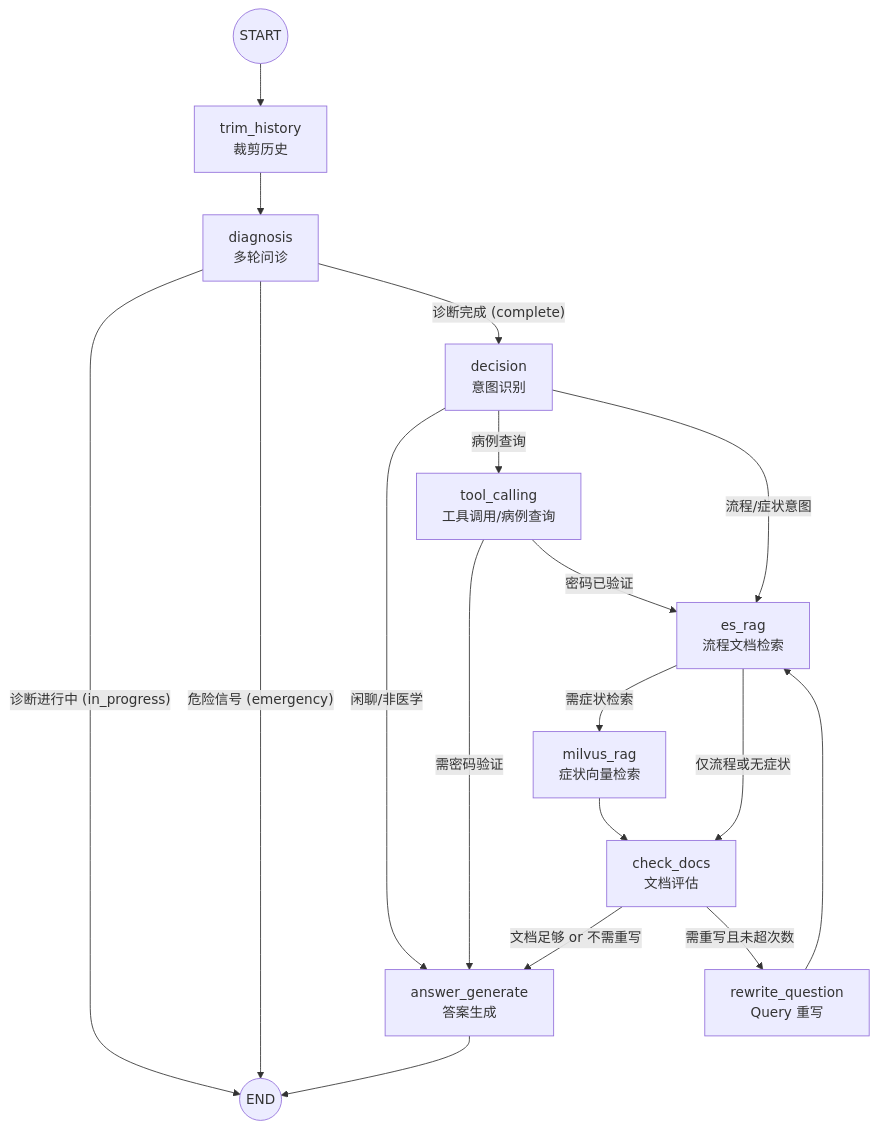
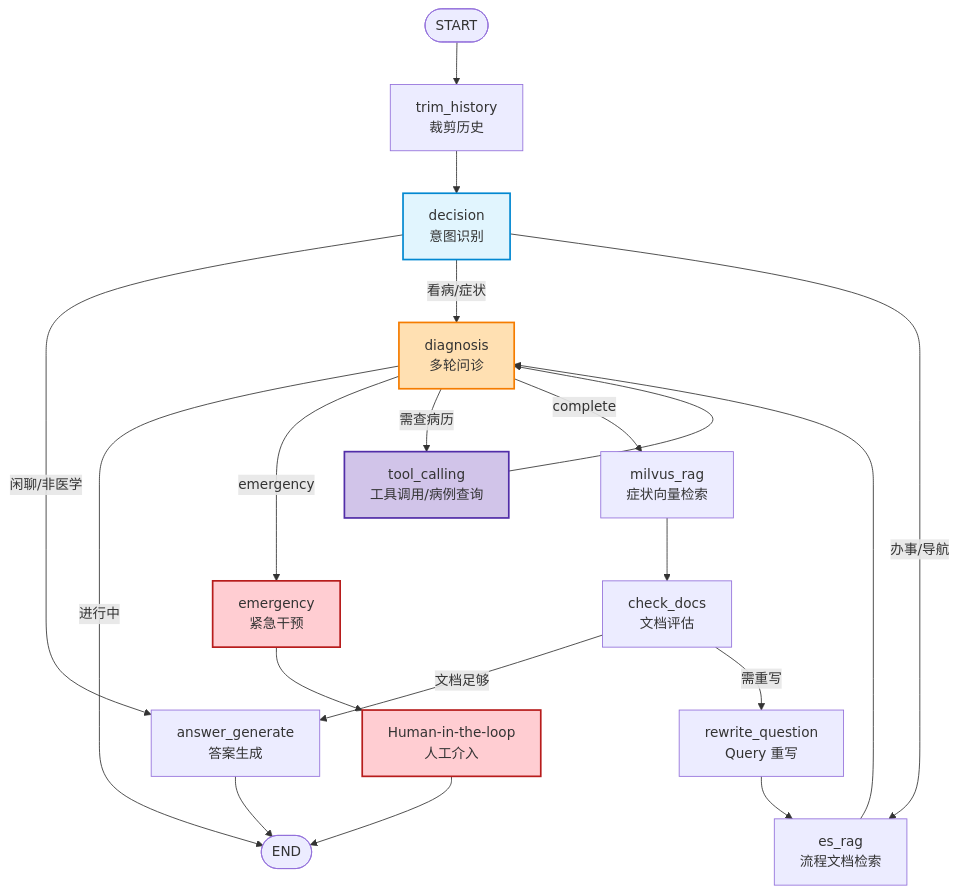
The diagram in README.md (lobokiol/InitialArchitectureForMedicalAgent), drawn with Mermaid before and after one commit. The commit also changed other lines of this file, not shown here.

Commit message:
docs: 添加 LangGraph 节点流 Mermaid 流程图

````diff
--- a/README.md
+++ b/README.md
@@ -178,41 +122,44 @@
 ```mermaid
 flowchart TD
-    START((START))
+START([START])
+TRIM[trim_history<br/>裁剪历史]
+DECISION[decision<br/>意图识别]
+DIAGNOSIS[diagnosis<br/>多轮问诊]
+TOOL[tool_calling<br/>工具调用/病例查询]
+ES_RAG[es_rag<br/>流程文档检索]
+MILVUS_RAG[milvus_rag<br/>症状向量检索]
+CHECK[check_docs<br/>文档评估]
+REWRITE[rewrite_question<br/>Query 重写]
+ANSWER[answer_generate<br/>答案生成]
+EMERGENCY[emergency<br/>紧急干预]
+HIL[Human-in-the-loop<br/>人工介入]
+END([END])
 
-    TRIM[trim_history<br/>裁剪历史]
-    DIAGNOSIS[diagnosis<br/>多轮问诊]
-    DECISION[decision<br/>意图识别]
-    TOOL[tool_calling<br/>工具调用/病例查询]
-    ES_RAG[es_rag<br/>流程文档检索]
-    MILVUS_RAG[milvus_rag<br/>症状向量检索]
-    CHECK[check_docs<br/>文档评估]
-    REWRITE[rewrite_question<br/>Query 重写]
-    ANSWER[answer_generate<br/>答案生成]
-    END((END))
+START --> TRIM
+TRIM --> DECISION
 
-    START --> TRIM
-    TRIM --> DIAGNOSIS
+DECISION -- 闲聊/非医学 --> ANSWER
+DECISION -- 看病/症状 --> DIAGNOSIS
+DECISION -- 办事/导航 --> ES_RAG
 
-    DIAGNOSIS -- 诊断进行中 (in_progress) --> END
-    DIAGNOSIS -- 危险信号 (emergency) --> END
-    DIAGNOSIS -- 诊断完成 (complete) --> DECISION
+DIAGNOSIS -- 进行中 --> END
+DIAGNOSIS -- emergency --> EMERGENCY
+EMERGENCY --> HIL
+HIL --> END
+DIAGNOSIS -- 需查病历 --> TOOL
+TOOL --> DIAGNOSIS
+DIAGNOSIS -- complete --> MILVUS_RAG
 
-    DECISION -- 闲聊/非医学 --> ANSWER
-    DECISION -- 病例查询 --> TOOL
-    DECISION -- 流程/症状意图 --> ES_RAG
+ES_RAG --> DIAGNOSIS
+MILVUS_RAG --> CHECK
+CHECK -- 文档足够 --> ANSWER
+CHECK -- 需重写 --> REWRITE
+REWRITE --> ES_RAG
+ANSWER --> END
 
-    TOOL -- 需密码验证 --> ANSWER
-    TOOL -- 密码已验证 --> ES_RAG
-
-    ES_RAG -- 需症状检索 --> MILVUS_RAG
-    ES_RAG -- 仅流程或无症状 --> CHECK
-
-    MILVUS_RAG --> CHECK
-
-    CHECK -- 文档足够 or 不需重写 --> ANSWER
-    CHECK -- 需重写且未超次数 --> REWRITE
-
-    REWRITE --> ES_RAG
-
-    ANSWER --> END
+style DECISION fill:#e1f5fe,stroke:#0288d1,stroke-width:2px
+style DIAGNOSIS fill:#ffe0b2,stroke:#f57c00,stroke-width:2px
+style TOOL fill:#d1c4e9,stroke:#512da8,stroke-width:2px
+style EMERGENCY fill:#ffcdd2,stroke:#b71c1c,stroke-width:2px
+style HIL fill:#ffcdd2,stroke:#b71c1c,stroke-width:2px
 ```
````
